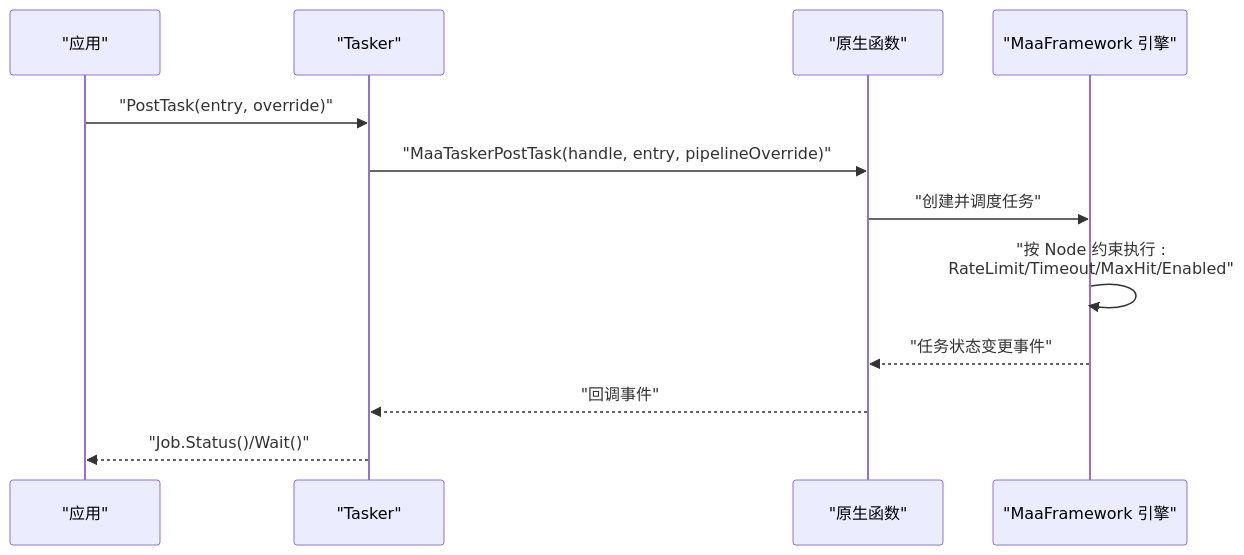
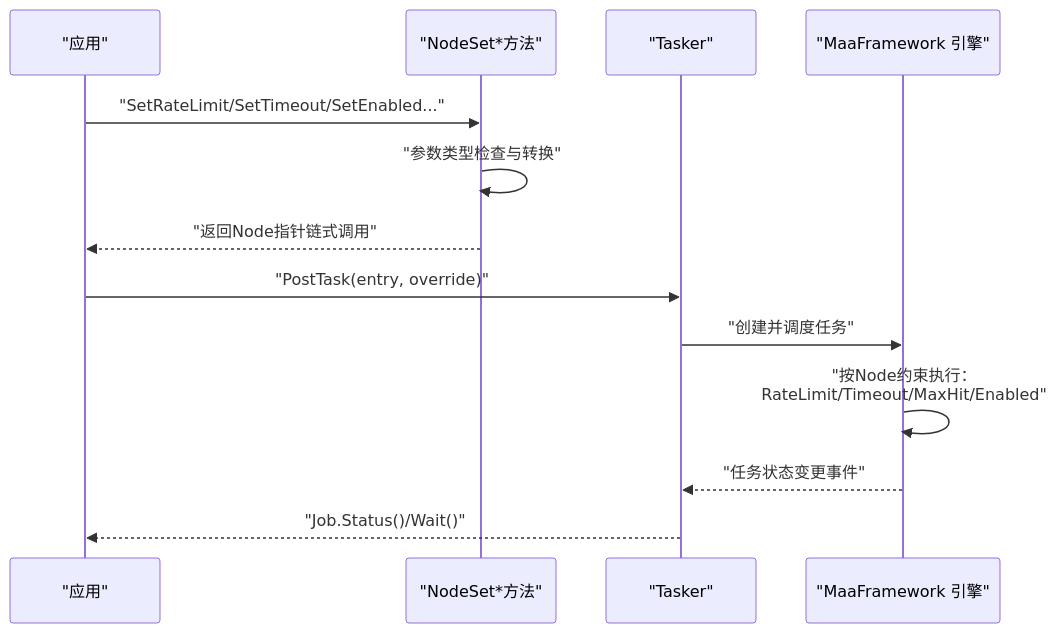
Before and after one commit to kqcoxn/MaaPipelineEditor: the first of 3 diagrams in instructions/maafw-golang-binding/高级功能/流水线配置/流程控制机制/执行约束配置.md, drawn with Mermaid. The commit also changed other lines of this file and 6 other files, not shown here.

````diff
--- a/instructions/maafw-golang-binding/高级功能/流水线配置/流程控制机制/执行约束配置.md
+++ b/instructions/maafw-golang-binding/高级功能/流水线配置/流程控制机制/执行约束配置.md
@@ -88,14 +90,15 @@
 ```mermaid
 sequenceDiagram
 participant App as "应用"
+participant Node as "NodeSet*方法"
 participant Tasker as "Tasker"
-participant Native as "原生函数"
 participant Engine as "MaaFramework 引擎"
+App->>Node : "SetRateLimit/SetTimeout/SetEnabled..."
+Node->>Node : "参数类型检查与转换"
+Node-->>App : "返回Node指针链式调用"
 App->>Tasker : "PostTask(entry, override)"
-Tasker->>Native : "MaaTaskerPostTask(handle, entry, pipelineOverride)"
-Native->>Engine : "创建并调度任务"
-Engine->>Engine : "按 Node 约束执行 : <br/>RateLimit/Timeout/MaxHit/Enabled"
-Engine-->>Native : "任务状态变更事件"
-Native-->>Tasker : "回调事件"
+Tasker->>Engine : "创建并调度任务"
+Engine->>Engine : "按Node约束执行：<br/>RateLimit/Timeout/MaxHit/Enabled"
+Engine-->>Tasker : "任务状态变更事件"
 Tasker-->>App : "Job.Status()/Wait()"
 ```
````
